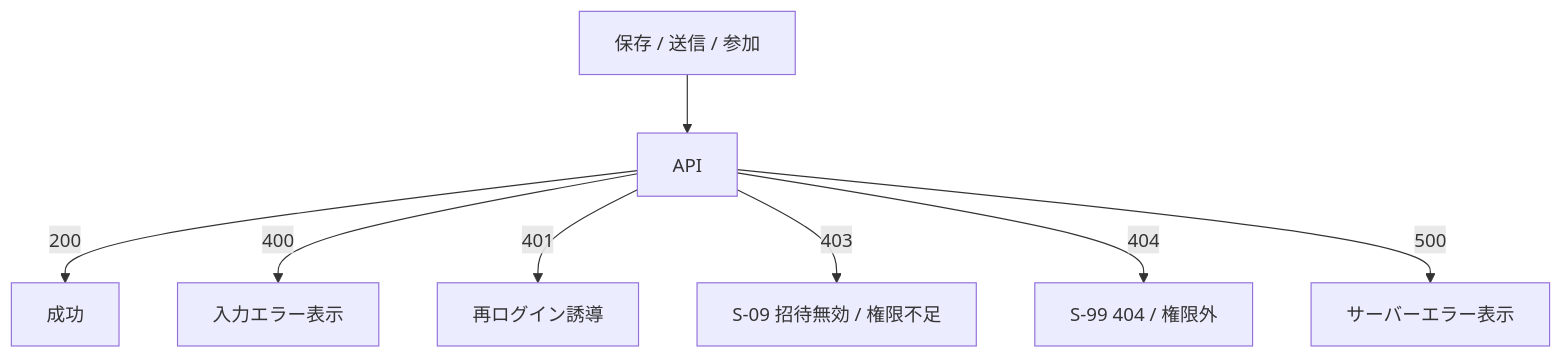
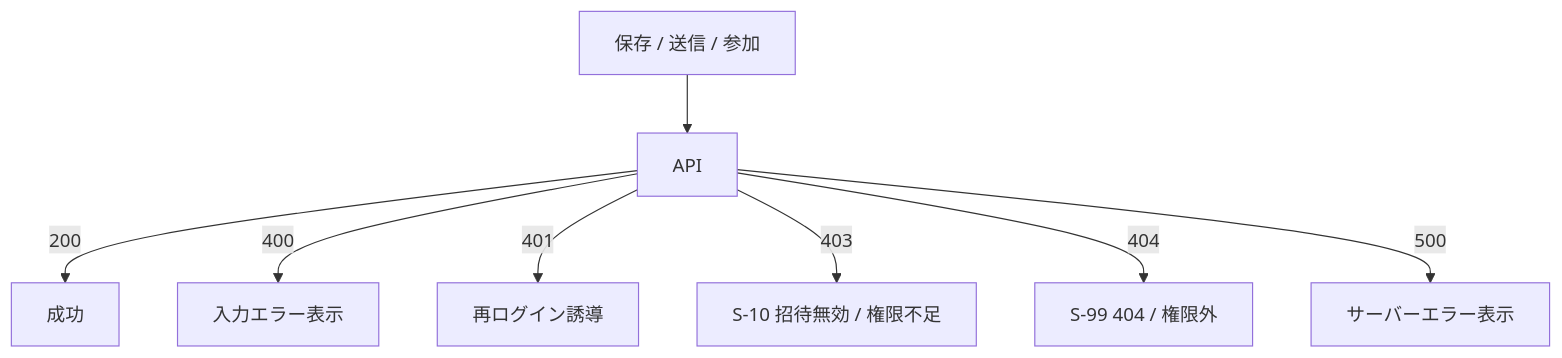
Before and after one commit to Asheze1127/hack-evaluater: diagram 15 of 15 in docs/details/03_screen-flow_md.md, drawn with Mermaid. The commit also changed other lines of this file and 2 other files, not shown here.

````diff
--- a/docs/details/03_screen-flow_md.md
+++ b/docs/details/03_screen-flow_md.md
@@ -390,19 +470,19 @@
 ```mermaid
 flowchart TD
     SUBMIT[保存 / 送信 / 参加]
     API[API]
     SUCCESS[成功]
     VALIDATION[入力エラー表示]
     AUTH[再ログイン誘導]
-    DENIED[S-09 招待無効 / 権限不足]
+    DENIED[S-10 招待無効 / 権限不足]
     NOTFOUND[S-99 404 / 権限外]
     SERVER[サーバーエラー表示]
 
     SUBMIT --> API
     API -->|200| SUCCESS
     API -->|400| VALIDATION
     API -->|401| AUTH
     API -->|403| DENIED
     API -->|404| NOTFOUND
     API -->|500| SERVER
 ```
````
